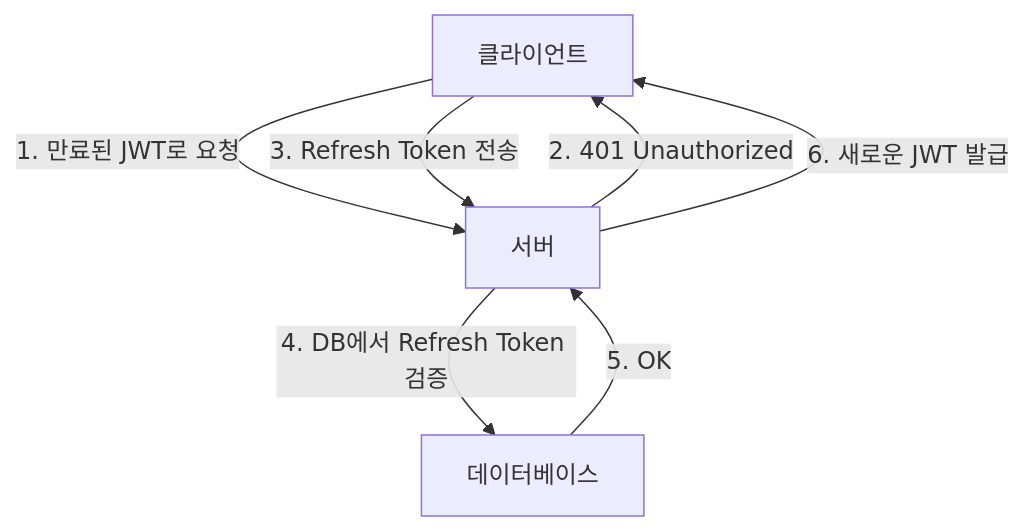
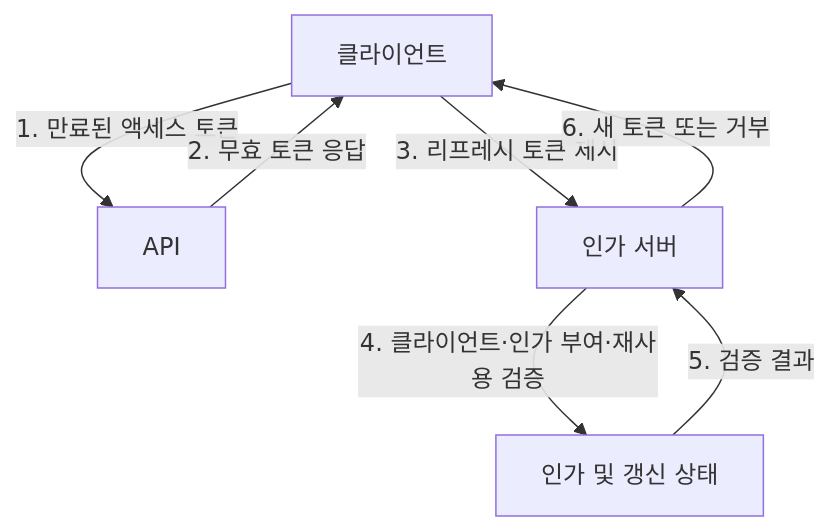
Before and after one commit to kenjinote/blog: the third of 3 diagrams in content/post/jwt-json-web-token-security-risks/index.ko.md, drawn with Mermaid. The commit also changed other lines of this file and 5 other files, not shown here.

Commit message:
Proofread Spanish and Korean JWT security explanations and token flows

````diff
--- a/content/post/jwt-json-web-token-security-risks/index.ko.md
+++ b/content/post/jwt-json-web-token-security-risks/index.ko.md
@@ -103,9 +84,9 @@
 ```mermaid
 graph TD
-    A["클라이언트"] -- "1. 만료된 JWT로 요청" --> B["서버"]
-    B -- "2. 401 Unauthorized" --> A
-    A -- "3. Refresh Token 전송" --> B
-    B -- "4. DB에서 Refresh Token 검증" --> C["데이터베이스"]
-    C -- "5. OK" --> B
-    B -- "6. 새로운 JWT 발급" --> A
+    A["클라이언트"] -- "1. 만료된 액세스 토큰" --> B["API"]
+    B -- "2. 무효 토큰 응답" --> A
+    A -- "3. 리프레시 토큰 제시" --> C["인가 서버"]
+    C -- "4. 클라이언트·인가 부여·재사용 검증" --> D["인가 및 갱신 상태"]
+    D -- "5. 검증 결과" --> C
+    C -- "6. 새 토큰 또는 거부" --> A
 ```
````
